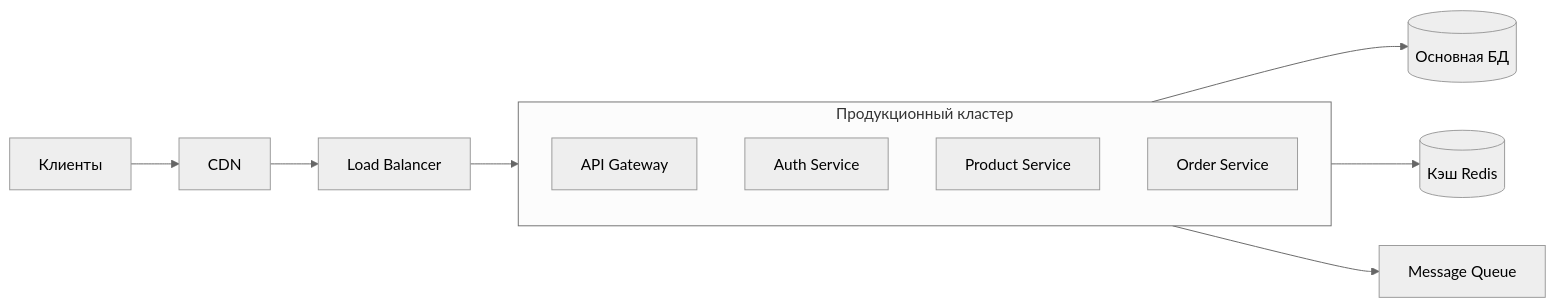
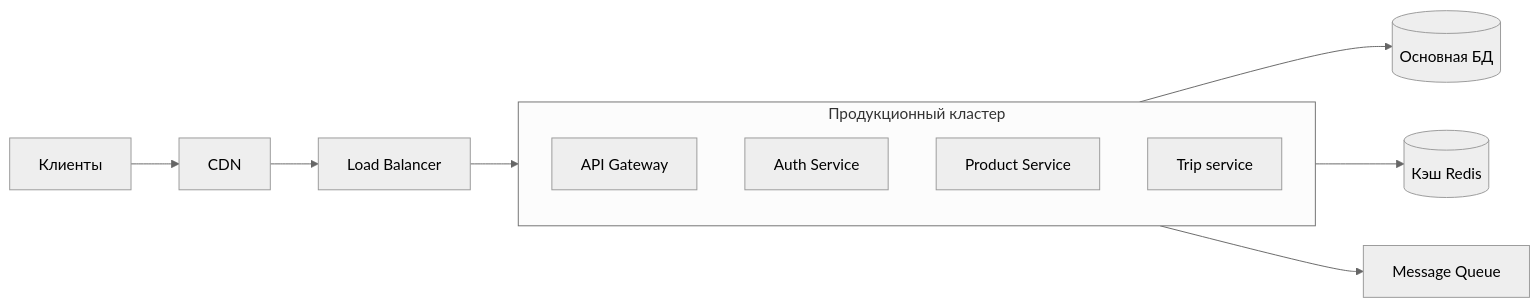
The diagram in arkhitekturnoe-kata-prakticheskoe-rukovodstv/shering-elektrosamokatov/arkhitekturnoe-kata.mermaid (sinitsina098-hash/new-catalog), drawn with Mermaid (neutral theme) before and after one commit. The commit also changed 1 other file, not shown here.

```diff
--- a/arkhitekturnoe-kata-prakticheskoe-rukovodstv/shering-elektrosamokatov/arkhitekturnoe-kata.mermaid
+++ b/arkhitekturnoe-kata-prakticheskoe-rukovodstv/shering-elektrosamokatov/arkhitekturnoe-kata.mermaid
@@ -1,15 +1,15 @@
 graph LR
     CLIENT[Клиенты] --> CDN[CDN]
     CDN --> LB[Load Balancer]
     LB --> K8S[Kubernetes Cluster]
     
     subgraph K8S [Продукционный кластер]
         API[API Gateway]
         AUTH[Auth Service]
         PROD[Product Service]
-        ORDER[Order Service]
+        TRIP[Trip service]
     end
     
     K8S --> DB[(Основная БД)]
     K8S --> CACHE[(Кэш Redis)]
     K8S --> MQ[Message Queue]
```
